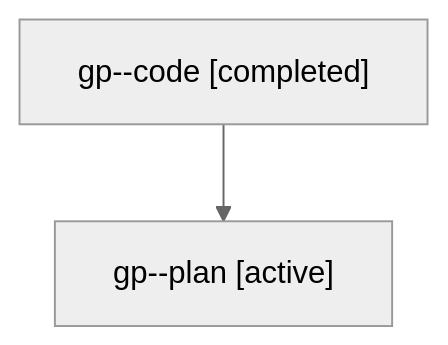
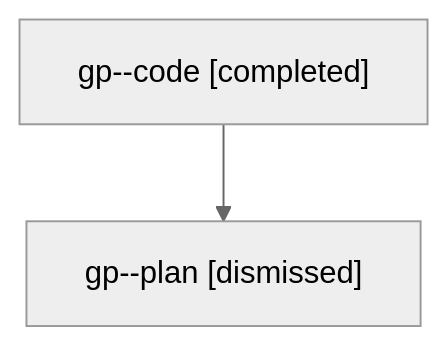
One commit to sase-org/sase--agents changed the diagram in sessions/bbugyi200.athena.gp.md. Above: the diagram before and after it, drawn with Mermaid (neutral theme). The commit also changed other lines of this file and 29 other files, not shown here.

````diff
--- a/sessions/bbugyi200.athena.gp.md
+++ b/sessions/bbugyi200.athena.gp.md
@@ -9,6 +9,6 @@
 ```mermaid
 flowchart TD
   n0["gp--code [completed]"]
-  n1["gp--plan [active]"]
+  n1["gp--plan [dismissed]"]
   n0 --> n1
 ```
````
